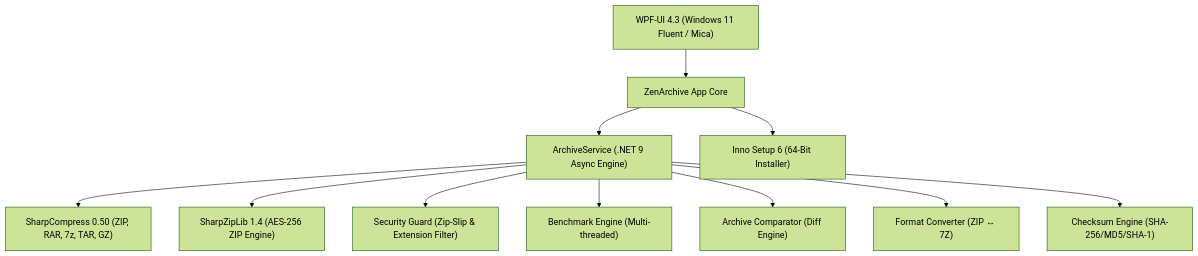
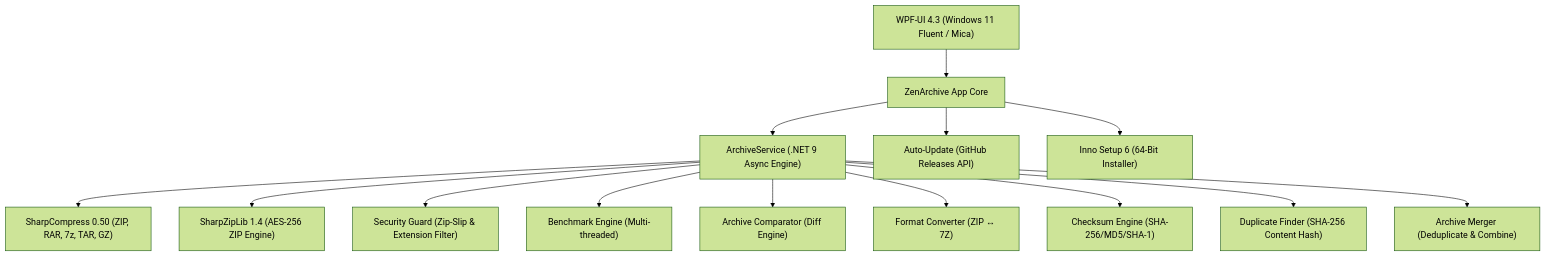
Before and after one commit to Tabish955/ZenArchieve: the diagram in README.md, drawn with Mermaid (forest theme). The commit also changed other lines of this file and 7 other files, not shown here.

Commit message:
feat: release v2.1.0 with OTA in-place update, pinned topmost extraction, duplicate finder & archive merge

````diff
--- a/README.md
+++ b/README.md
@@ -142,13 +165,16 @@
 ```mermaid
 graph TD
     UI["WPF-UI 4.3 (Windows 11 Fluent / Mica)"] --> App["ZenArchive App Core"]
     App --> Service["ArchiveService (.NET 9 Async Engine)"]
     Service --> SC["SharpCompress 0.50 (ZIP, RAR, 7z, TAR, GZ)"]
     Service --> SZ["SharpZipLib 1.4 (AES-256 ZIP Engine)"]
     Service --> Sec["Security Guard (Zip-Slip & Extension Filter)"]
     Service --> Bench["Benchmark Engine (Multi-threaded)"]
     Service --> Compare["Archive Comparator (Diff Engine)"]
     Service --> Convert["Format Converter (ZIP ↔ 7Z)"]
     Service --> Hash["Checksum Engine (SHA-256/MD5/SHA-1)"]
+    Service --> Dupes["Duplicate Finder (SHA-256 Content Hash)"]
+    Service --> Merge["Archive Merger (Deduplicate & Combine)"]
+    App --> Update["Auto-Update (GitHub Releases API)"]
     App --> Setup["Inno Setup 6 (64-Bit Installer)"]
 ```
````
